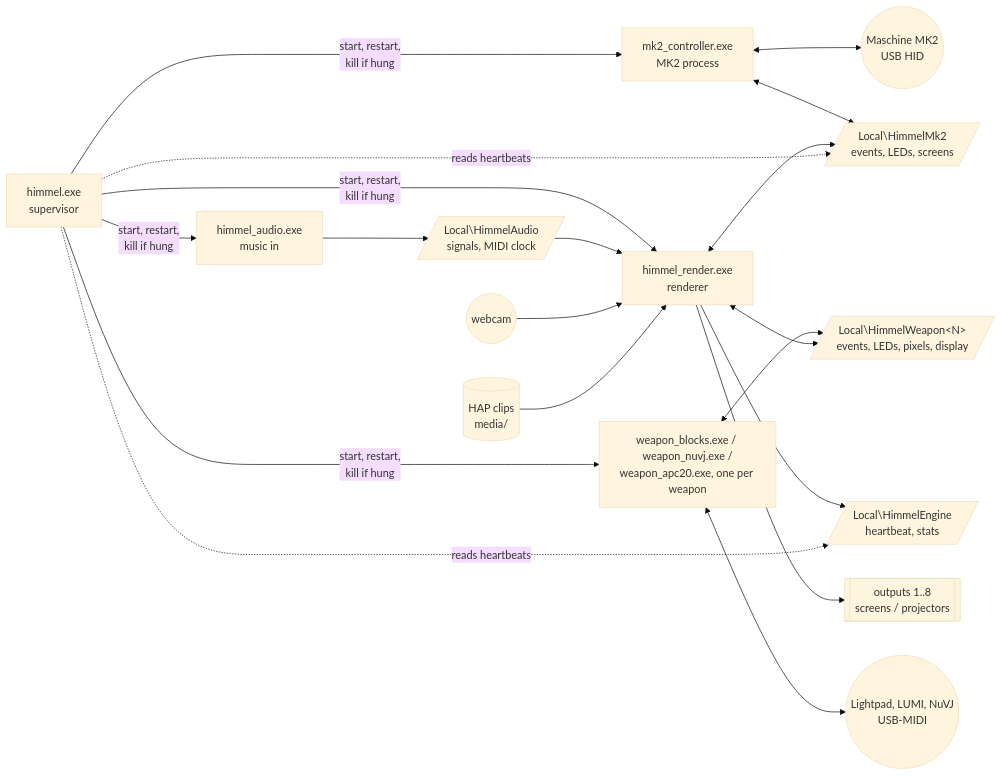
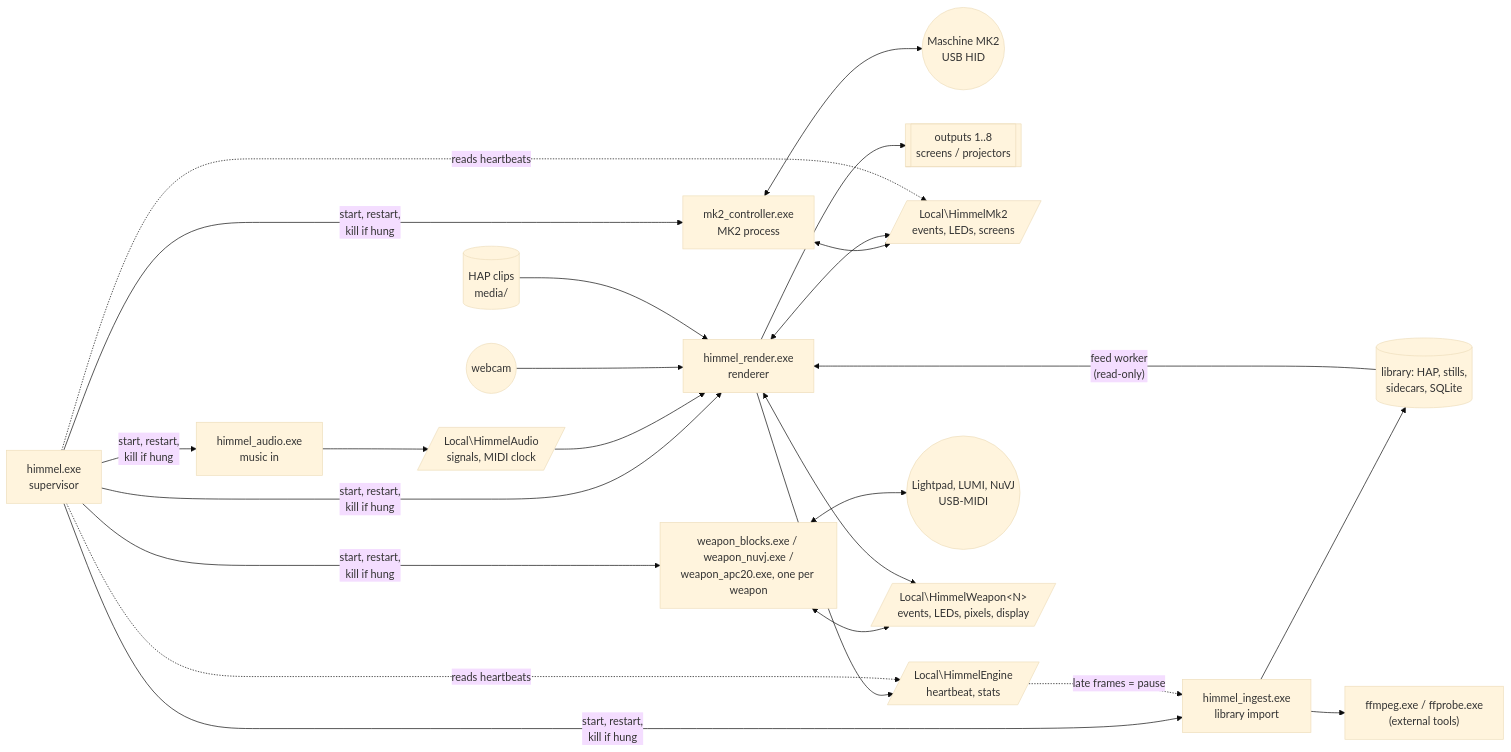
The first of 3 diagrams in docs/architecture.md (readymedia/HIMMEL), drawn with Mermaid (base theme) before and after one commit. The commit also changed other lines of this file and 2 other files, not shown here.

Commit message:
MEDIA M7: measurement (100 mixed files during a show, 0 late frames), handoff, architecture

````diff
--- a/docs/architecture.md
+++ b/docs/architecture.md
@@ -9,36 +9,44 @@
 ```mermaid
 flowchart LR
     SUP["himmel.exe<br/>supervisor"]
     CTL["mk2_controller.exe<br/>MK2 process"]
     REN["himmel_render.exe<br/>renderer"]
     MK2(("Maschine MK2<br/>USB HID"))
     OUT[["outputs 1..8<br/>screens / projectors"]]
     CAM(("webcam"))
     CLIPS[("HAP clips<br/>media/")]
     SHM1[/"Local\HimmelMk2<br/>events, LEDs, screens"/]
     SHM2[/"Local\HimmelEngine<br/>heartbeat, stats"/]
     WPN["weapon_blocks.exe / weapon_nuvj.exe /<br/>weapon_apc20.exe, one per weapon"]
     DEV(("Lightpad, LUMI, NuVJ<br/>USB-MIDI"))
     SHM3[/"Local\HimmelWeapon&lt;N&gt;<br/>events, LEDs, pixels, display"/]
 
     SUP -- "start, restart,<br/>kill if hung" --> CTL
     SUP -- "start, restart,<br/>kill if hung" --> REN
     SUP -- "start, restart,<br/>kill if hung" --> WPN
     AUD["himmel_audio.exe<br/>music in"]
     SHM4[/"Local\HimmelAudio<br/>signals, MIDI clock"/]
     SUP -- "start, restart,<br/>kill if hung" --> AUD
     AUD --> SHM4
     SHM4 --> REN
+    ING["himmel_ingest.exe<br/>library import"]
+    LIB[("library: HAP, stills,<br/>sidecars, SQLite")]
+    FFM["ffmpeg.exe / ffprobe.exe<br/>(external tools)"]
+    SUP -- "start, restart,<br/>kill if hung" --> ING
+    ING --> FFM
+    ING --> LIB
+    LIB -- "feed worker<br/>(read-only)" --> REN
+    SHM2 -. "late frames = pause" .-> ING
     WPN <--> DEV
     WPN <--> SHM3
     REN <--> SHM3
     CTL <--> MK2
     CTL <--> SHM1
     REN <--> SHM1
     REN --> SHM2
     SUP -. "reads heartbeats" .-> SHM1
     SUP -. "reads heartbeats" .-> SHM2
     CAM --> REN
     CLIPS --> REN
     REN --> OUT
 ```
````
